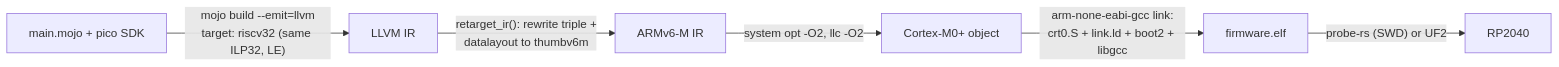
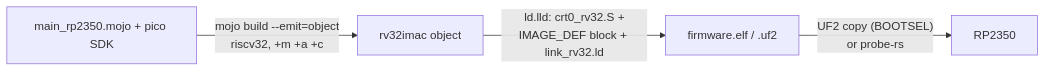
The first of 2 diagrams in README.md (Hundo1018/inmojomni), drawn with Mermaid before and after one commit. The commit also changed other lines of this file, not shown here.

First line of the commit message:
docs: make the README visual — capability matrix, diagrams, HIL card

````diff
--- a/README.md
+++ b/README.md
@@ -76,8 +125,6 @@
 ```mermaid
 flowchart LR
-    A["main.mojo + pico SDK"] -->|"mojo build --emit=llvm<br>target: riscv32 (same ILP32, LE)"| B["LLVM IR"]
-    B -->|"retarget_ir(): rewrite triple +<br>datalayout to thumbv6m"| C["ARMv6-M IR"]
-    C -->|"system opt -O2, llc -O2"| D["Cortex-M0+ object"]
-    D -->|"arm-none-eabi-gcc link:<br>crt0.S + link.ld + boot2 + libgcc"| E["firmware.elf"]
-    E -->|"probe-rs (SWD) or UF2"| F["RP2040"]
+    A["main_rp2350.mojo + pico SDK"] -->|"mojo build --emit=object<br>riscv32, +m +a +c"| B["rv32imac object"]
+    B -->|"ld.lld: crt0_rv32.S +<br>IMAGE_DEF block + link_rv32.ld"| C["firmware.elf / .uf2"]
+    C -->|"UF2 copy (BOOTSEL)<br>or probe-rs"| D["RP2350"]
 ```
````
